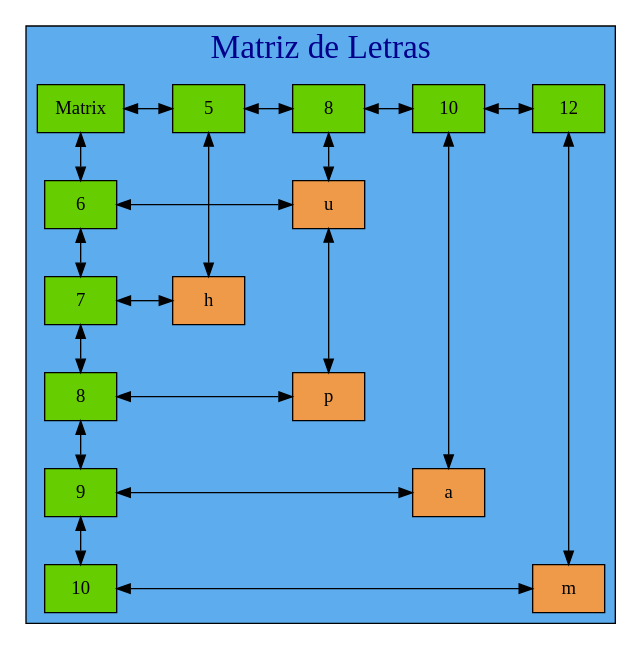
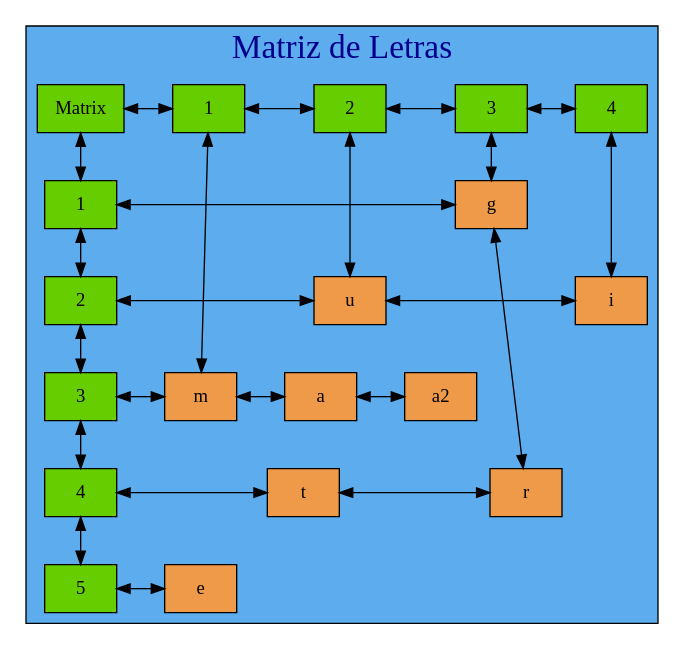
Before and after one commit to mariotun/EDD_1S2020_PY1_201602942: the diagram in Graficas/Table_Juego.dot, drawn with Graphviz. The commit also changed 10 other files, not shown here.

```diff
--- a/Graficas/Table_Juego.dot
+++ b/Graficas/Table_Juego.dot
@@ -1,61 +1,65 @@
  digraph tablero{ 
 
 graph[ranksep= "0.5",nodesep= "0.5"];
 subgraph cluster_1 {
 
 fontname=algerian
 label= "Matriz de Letras ";
  labelloc=t;
 fontcolor=blue4;
 fontsize=25;
 style=filled;
 fillcolor=steelblue2;
 
 node [shape=box fillcolor=chartreuse3];
 mt[label= "Matrix" style=radial group=0]
 {rank=same;
-25770476496[label= "5 " style=radial,group=5]
-25770476256[label= "8 " style=radial,group=8]
-25770475952[label= "10 " style=radial,group=10]
-0[label= "12 " style=radial,group=12]
-mt->25770476496->25770476256->25770475952->0[dir=both];};
+25770344640[label= "1 " style=radial,group=1]
+25770344816[label= "2 " style=radial,group=2]
+25770345056[label= "3 " style=radial,group=3]
+0[label= "4 " style=radial,group=4]
+mt->25770344640->25770344816->25770345056->0[dir=both];};
 
-25770475832[label= "6 " style=radial,group=0]
-25770476680[label= "7 " style=radial,group=0]
-25770476376[label= "8 " style=radial,group=0]
-25770476152[label= "9 " style=radial,group=0]
-56[label= "10 " style=radial,group=0]
-mt->25770475832->25770476680->25770476376->25770476152->56[dir=both];
+25770345176[label= "1 " style=radial,group=0]
+25770344520[label= "2 " style=radial,group=0]
+25770344936[label= "3 " style=radial,group=0]
+25770346040[label= "4 " style=radial,group=0]
+56[label= "5 " style=radial,group=0]
+mt->25770345176->25770344520->25770344936->25770346040->56[dir=both];
 
 node[shape=box height=0.5 style=filled fontcolor=black fillcolor= tan2]
-25770475840[label="h" style=radial,group=5];
+25770344528[label="m" style=radial,group=1];
 node[shape=box height=0.5 style=filled fontcolor=black fillcolor= tan2]
-25770477808[label="u" style=radial,group=8];
+25770345648[label="u" style=radial,group=2];
 node[shape=box height=0.5 style=filled fontcolor=black fillcolor= tan2]
-25770476768[label="p" style=radial,group=8];
+25770345536[label="g" style=radial,group=3];
 node[shape=box height=0.5 style=filled fontcolor=black fillcolor= tan2]
-25770476384[label="a" style=radial,group=10];
+25770344944[label="r" style=radial,group=3];
 node[shape=box height=0.5 style=filled fontcolor=black fillcolor= tan2]
-25770476960[label="m" style=radial,group=12];
+25770345184[label="i" style=radial,group=4];
 
 
-25770476496->25770475840[dir=both]
-25770476256->25770477808->25770476768[dir=both]
-25770475952->25770476384[dir=both]
-0->25770476960[dir=both]
+25770344640->25770344528[dir=both]
+25770344816->25770345648[dir=both]
+25770345056->25770345536->25770344944[dir=both]
+0->25770345184[dir=both]
 
-25770477808[label="u"];
-25770475840[label="h"];
-25770476768[label="p"];
-25770476384[label="a"];
-25770476960[label="m"];
+25770345536[label="g"];
+25770345648[label="u"];
+25770345184[label="i"];
+25770344528[label="m"];
+25770344704[label="a"];
+25770345760[label="a2"];
+25770345872[label="t"];
+25770344944[label="r"];
+25770346048[label="e"];
 
 
-{rank=same;25770475832->25770477808[dir=both] } 
-{rank=same;25770476680->25770475840[dir=both] } 
-{rank=same;25770476376->25770476768[dir=both] } 
-{rank=same;25770476152->25770476384[dir=both] } 
-{rank=same;56->25770476960[dir=both] }
+{rank=same;25770345176->25770345536[dir=both] } 
+{rank=same;25770344520->25770345648->25770345184[dir=both] } 
+{rank=same;25770344936->25770344528->25770344704->25770345760[dir=both] } 
+{rank=same;25770346040->25770345872->25770344944[dir=both] } 
+{rank=same;56->25770346048[dir=both] }
  }
 
 }
```
